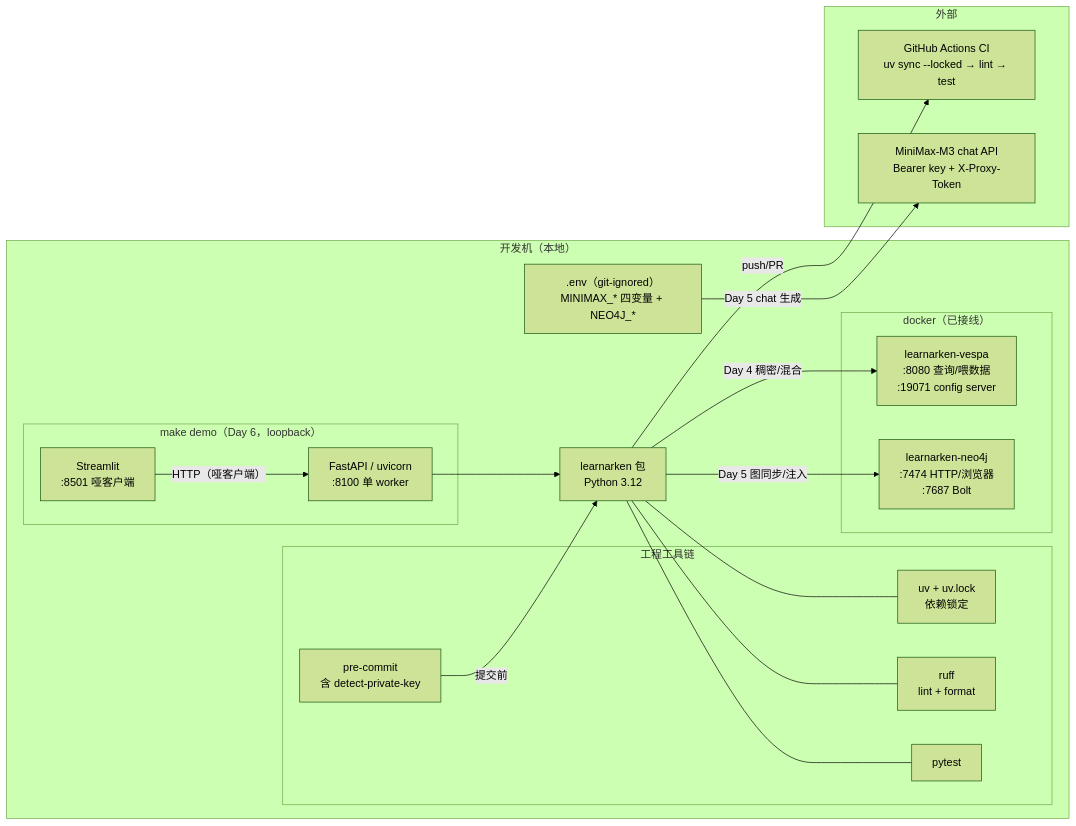
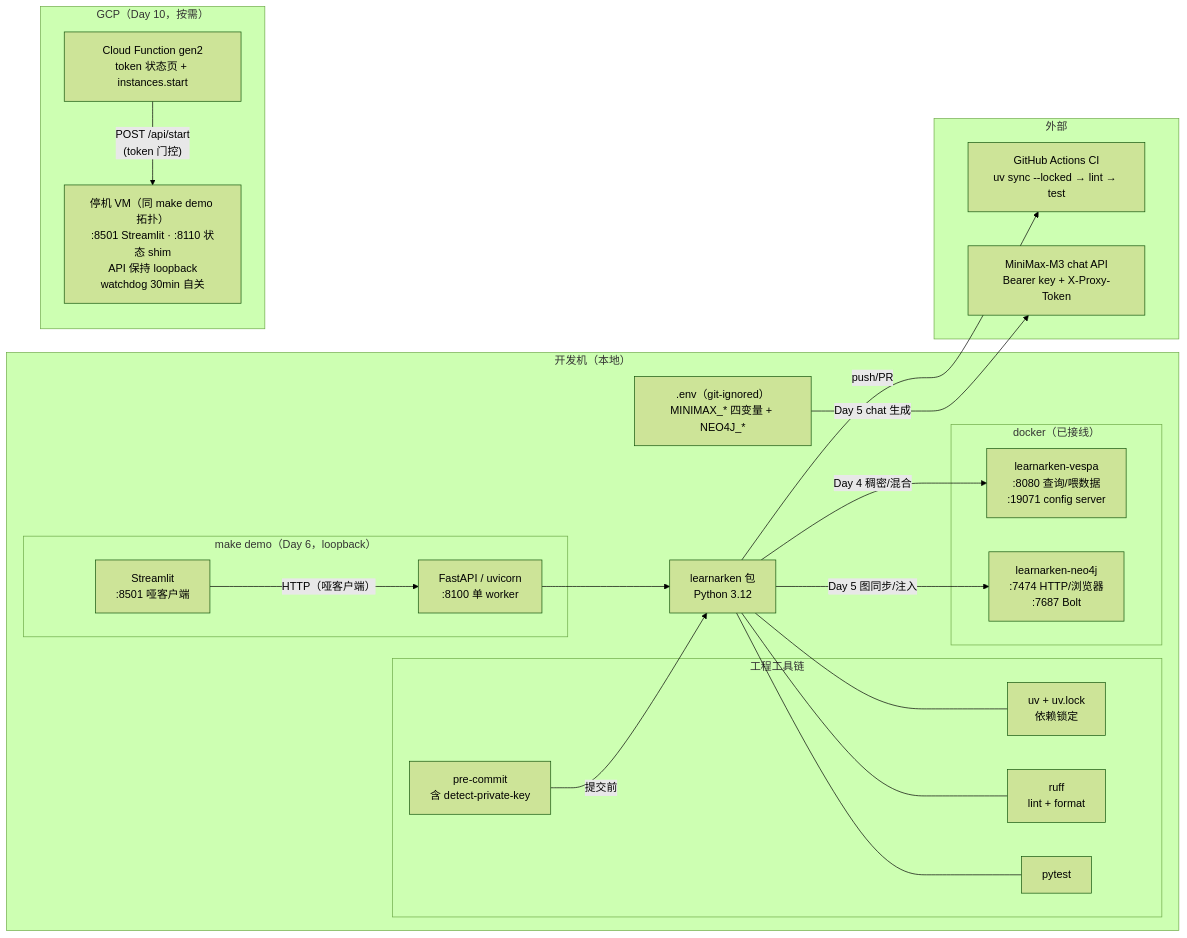
The diagram in docs/architecture/03-config-and-services.md (Osmond-Xin/LearnArken), drawn with Mermaid (forest theme) before and after one commit. The commit also changed other lines of this file and 41 other files, not shown here.

````diff
--- a/docs/architecture/03-config-and-services.md
+++ b/docs/architecture/03-config-and-services.md
@@ -10,35 +12,41 @@
 ```mermaid
 flowchart LR
     subgraph DEV["开发机（本地）"]
         subgraph TOOL["工程工具链"]
             UV["uv + uv.lock<br/>依赖锁定"]
             RUFF["ruff<br/>lint + format"]
             PYTEST["pytest"]
             PC["pre-commit<br/>含 detect-private-key"]
         end
         CODE["learnarken 包<br/>Python 3.12"]
         ENV[".env（git-ignored）<br/>MINIMAX_* 四变量 + NEO4J_*"]
         subgraph DOCKER["docker（已接线）"]
             VESPA["learnarken-vespa<br/>:8080 查询/喂数据<br/>:19071 config server"]
             NEO["learnarken-neo4j<br/>:7474 HTTP/浏览器<br/>:7687 Bolt"]
         end
         subgraph DEMO["make demo（Day 6，loopback）"]
             API["FastAPI / uvicorn<br/>:8100 单 worker"]
             FE["Streamlit<br/>:8501 哑客户端"]
         end
     end
 
     subgraph CLOUD["外部"]
         GH["GitHub Actions CI<br/>uv sync --locked → lint → test"]
         MM["MiniMax-M3 chat API<br/>Bearer key + X-Proxy-Token"]
     end
 
+    subgraph GCP["GCP（Day 10，按需）"]
+        CF["Cloud Function gen2<br/>token 状态页 + instances.start"]
+        VM["停机 VM（同 make demo 拓扑）<br/>:8501 Streamlit · :8110 状态 shim<br/>API 保持 loopback<br/>watchdog 30min 自关"]
+    end
+
     CODE --- UV & RUFF & PYTEST
     PC -->|"提交前"| CODE
     CODE -->|push/PR| GH
     CODE -->|Day 4 稠密/混合| VESPA
     CODE -->|Day 5 图同步/注入| NEO
     ENV -->|Day 5 chat 生成| MM
     FE -->|"HTTP（哑客户端）"| API
     API --> CODE
+    CF -->|"POST /api/start<br/>(token 门控)"| VM
 ```
````
